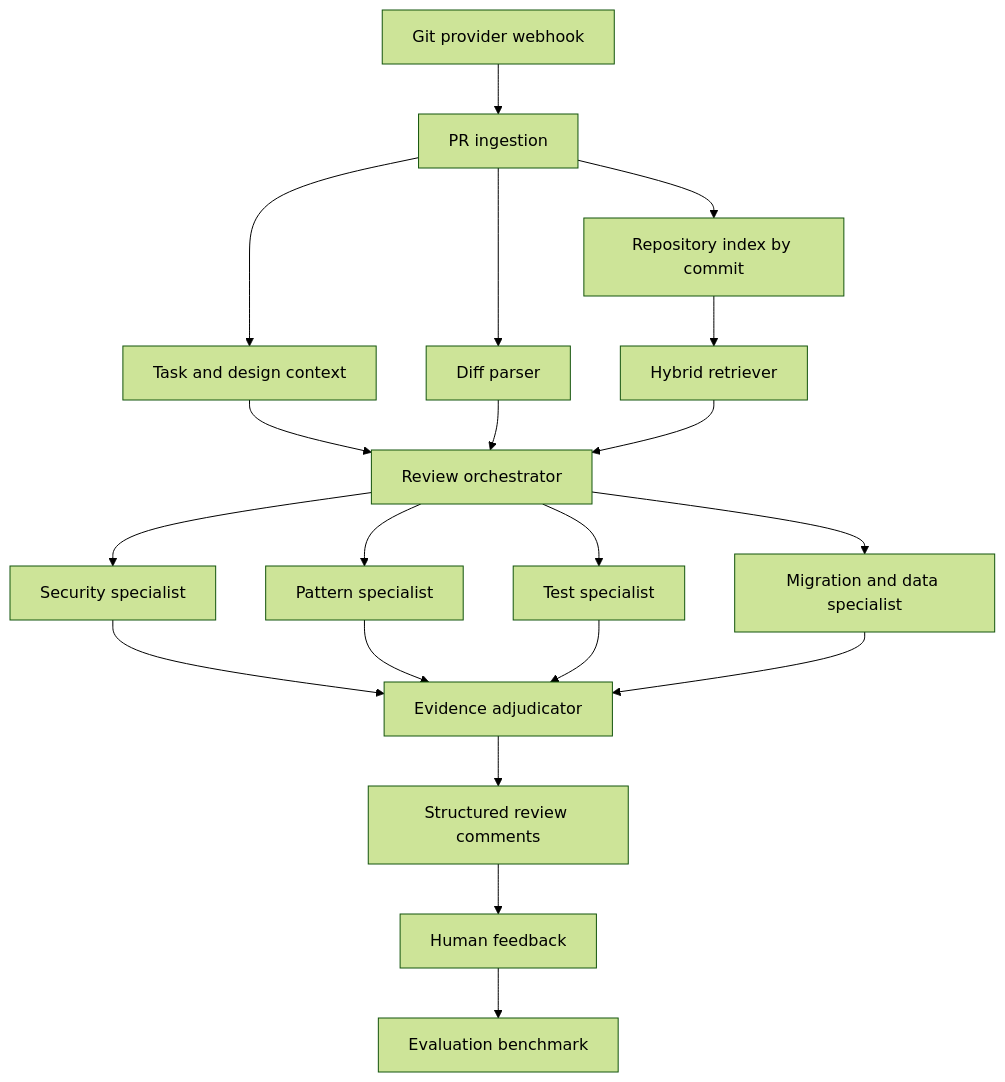
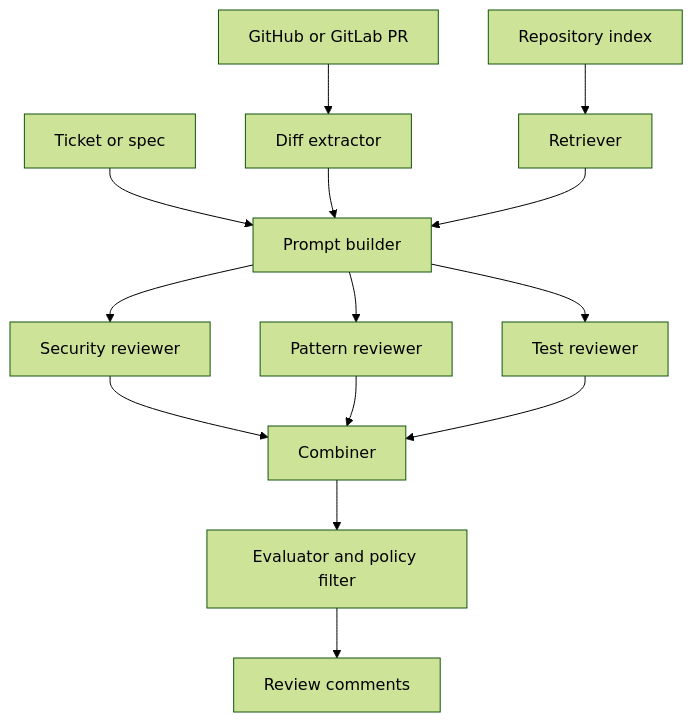
The third of 3 diagrams in _posts/2026-08-11-ai-code-review-agents.md (dzlab/dzlab.github.io), drawn with Mermaid (forest theme) before and after one commit. The commit also changed other lines of this file, not shown here.

Commit message:
Link AI review article to runnable snippets

````diff
--- a/_posts/2026-08-11-ai-code-review-agents.md
+++ b/_posts/2026-08-11-ai-code-review-agents.md
@@ -834,22 +373,16 @@
 ```mermaid
 flowchart TD
-    G[Git provider webhook] --> P[PR ingestion]
-    P --> T[Task and design context]
-    P --> D[Diff parser]
-    P --> I[Repository index by commit]
-    I --> R[Hybrid retriever]
-    T --> A[Review orchestrator]
-    D --> A
-    R --> A
-    A --> S1[Security specialist]
-    A --> S2[Pattern specialist]
-    A --> S3[Test specialist]
-    A --> S4[Migration and data specialist]
-    S1 --> J[Evidence adjudicator]
-    S2 --> J
-    S3 --> J
-    S4 --> J
-    J --> O[Structured review comments]
-    O --> H[Human feedback]
-    H --> B[Evaluation benchmark]
+    GH[GitHub or GitLab PR] --> D[Diff extractor]
+    T[Ticket or spec] --> P[Prompt builder]
+    R[Repository index] --> RET[Retriever]
+    D --> P
+    RET --> P
+    P --> A1[Security reviewer]
+    P --> A2[Pattern reviewer]
+    P --> A3[Test reviewer]
+    A1 --> C[Combiner]
+    A2 --> C
+    A3 --> C
+    C --> E[Evaluator and policy filter]
+    E --> CM[Review comments]
 ```
````
